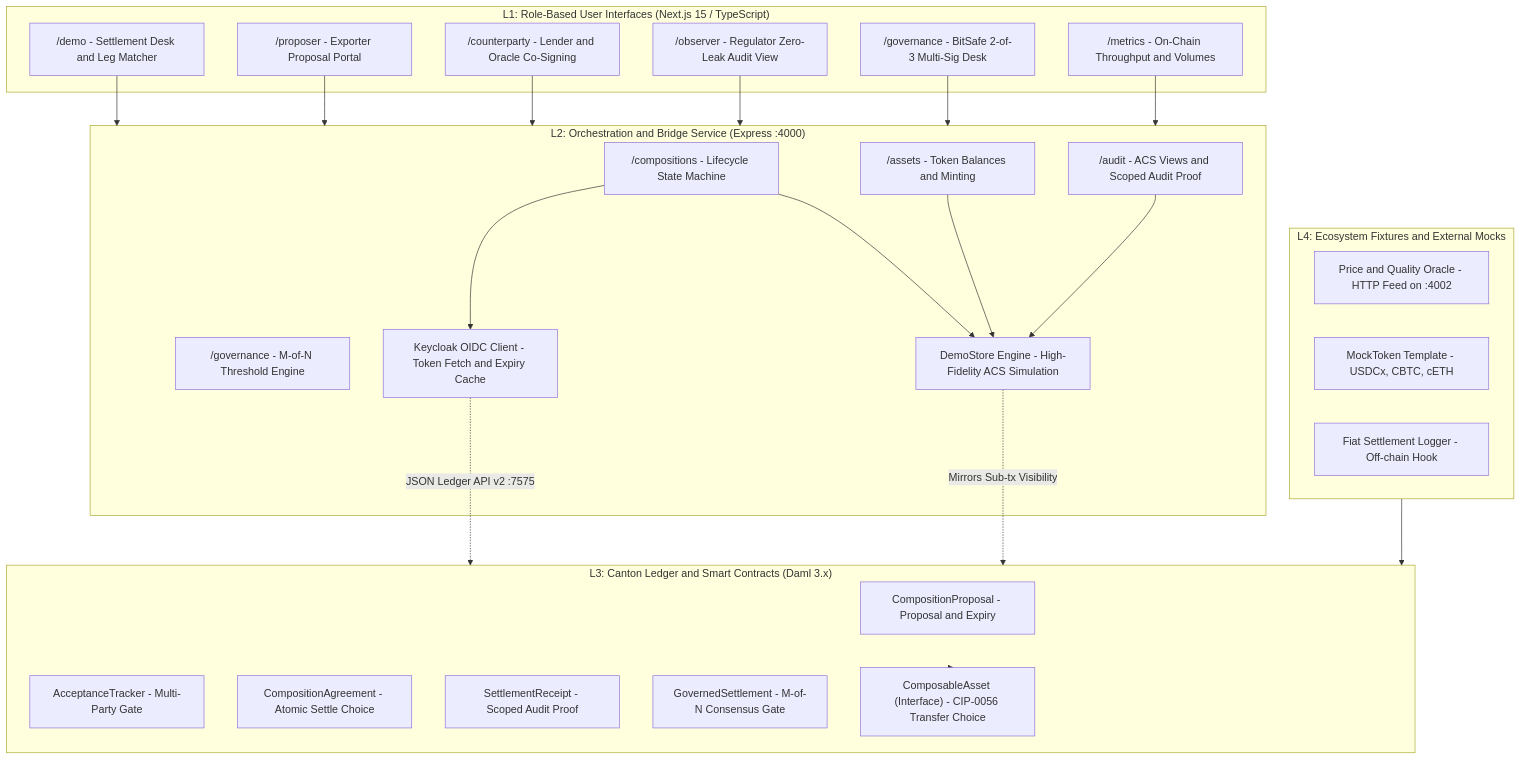
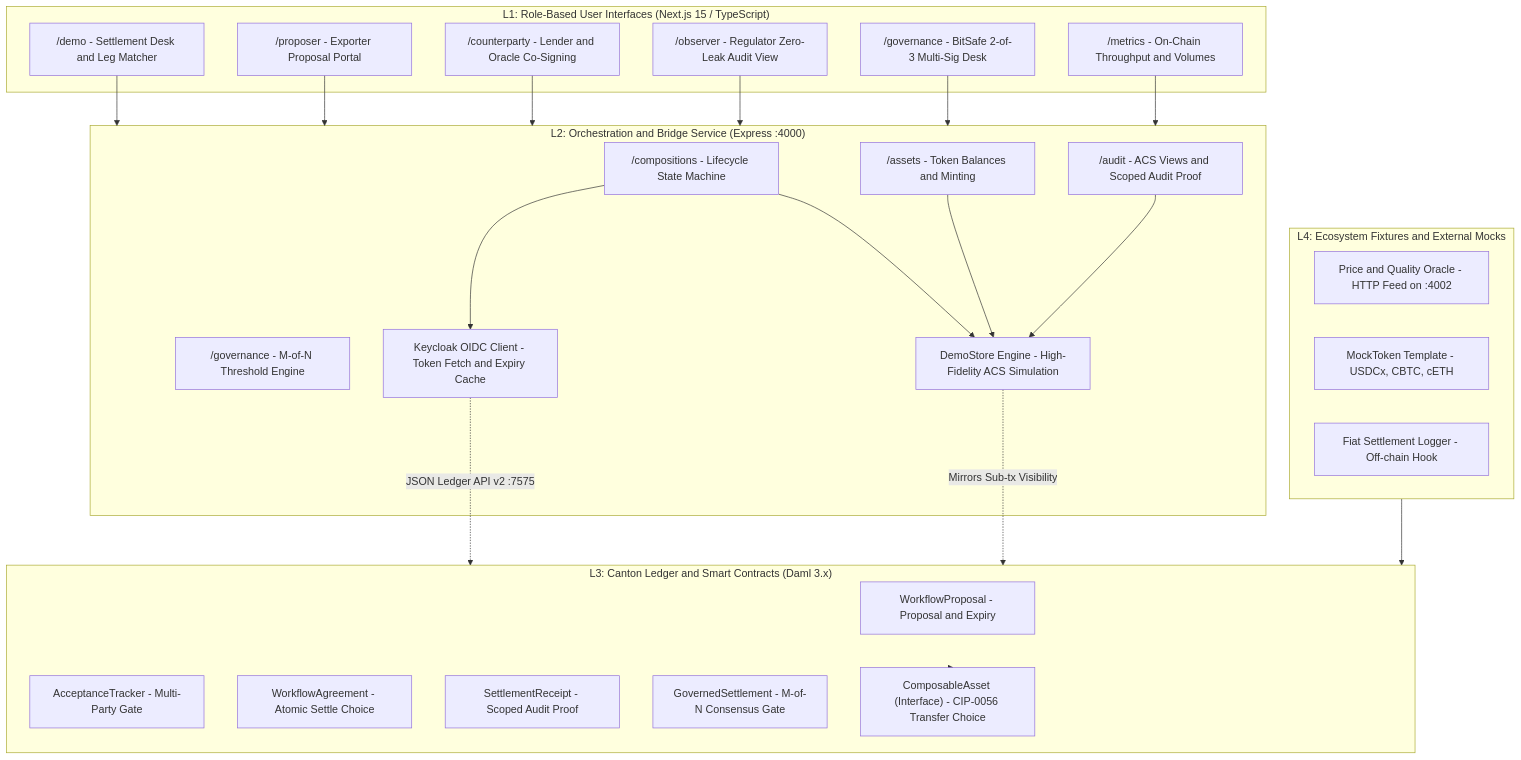
One commit to BikkoFarms/Composition-Protocol changed the first of 10 diagrams in docs/ARCHITECTURE.md. Above: the diagram before and after it, drawn with Mermaid. The commit also changed other lines of this file and 30 other files, not shown here.

````diff
--- a/docs/ARCHITECTURE.md
+++ b/docs/ARCHITECTURE.md
@@ -31,52 +31,52 @@
 ```mermaid
 graph TD
     subgraph L1["L1: Role-Based User Interfaces (Next.js 15 / TypeScript)"]
         UI_DEMO["/demo - Settlement Desk and Leg Matcher"]
         UI_PROP["/proposer - Exporter Proposal Portal"]
         UI_CPTY["/counterparty - Lender and Oracle Co-Signing"]
         UI_OBS["/observer - Regulator Zero-Leak Audit View"]
         UI_GOV["/governance - BitSafe 2-of-3 Multi-Sig Desk"]
         UI_MET["/metrics - On-Chain Throughput and Volumes"]
     end
 
     subgraph L2["L2: Orchestration and Bridge Service (Express :4000)"]
         RT_COMP["/compositions - Lifecycle State Machine"]
         RT_ASSET["/assets - Token Balances and Minting"]
         RT_AUDIT["/audit - ACS Views and Scoped Audit Proof"]
         RT_GOV["/governance - M-of-N Threshold Engine"]
         MEM_STORE["DemoStore Engine - High-Fidelity ACS Simulation"]
         OIDC_MGR["Keycloak OIDC Client - Token Fetch and Expiry Cache"]
     end
 
     subgraph L3["L3: Canton Ledger and Smart Contracts (Daml 3.x)"]
-        CONTRACT_PROP["CompositionProposal - Proposal and Expiry"]
+        CONTRACT_PROP["WorkflowProposal - Proposal and Expiry"]
         CONTRACT_TRACK["AcceptanceTracker - Multi-Party Gate"]
-        CONTRACT_AGREE["CompositionAgreement - Atomic Settle Choice"]
+        CONTRACT_AGREE["WorkflowAgreement - Atomic Settle Choice"]
         CONTRACT_RCPT["SettlementReceipt - Scoped Audit Proof"]
         CONTRACT_GOV["GovernedSettlement - M-of-N Consensus Gate"]
         IFACE_ASSET["ComposableAsset (Interface) - CIP-0056 Transfer Choice"]
     end
 
     subgraph L4["L4: Ecosystem Fixtures and External Mocks"]
         MOCK_ORACLE["Price and Quality Oracle - HTTP Feed on :4002"]
         MOCK_TOKEN["MockToken Template - USDCx, CBTC, cETH"]
         MOCK_FIAT["Fiat Settlement Logger - Off-chain Hook"]
     end
 
     UI_DEMO --> L2
     UI_PROP --> L2
     UI_CPTY --> L2
     UI_OBS --> L2
     UI_GOV --> L2
     UI_MET --> L2
 
     RT_COMP --> OIDC_MGR
     RT_COMP --> MEM_STORE
     RT_ASSET --> MEM_STORE
     RT_AUDIT --> MEM_STORE
 
     OIDC_MGR -.->|JSON Ledger API v2 :7575| L3
     MEM_STORE -.->|Mirrors Sub-tx Visibility| L3
     L3 --> IFACE_ASSET
     L4 --> L3
 ```
````
